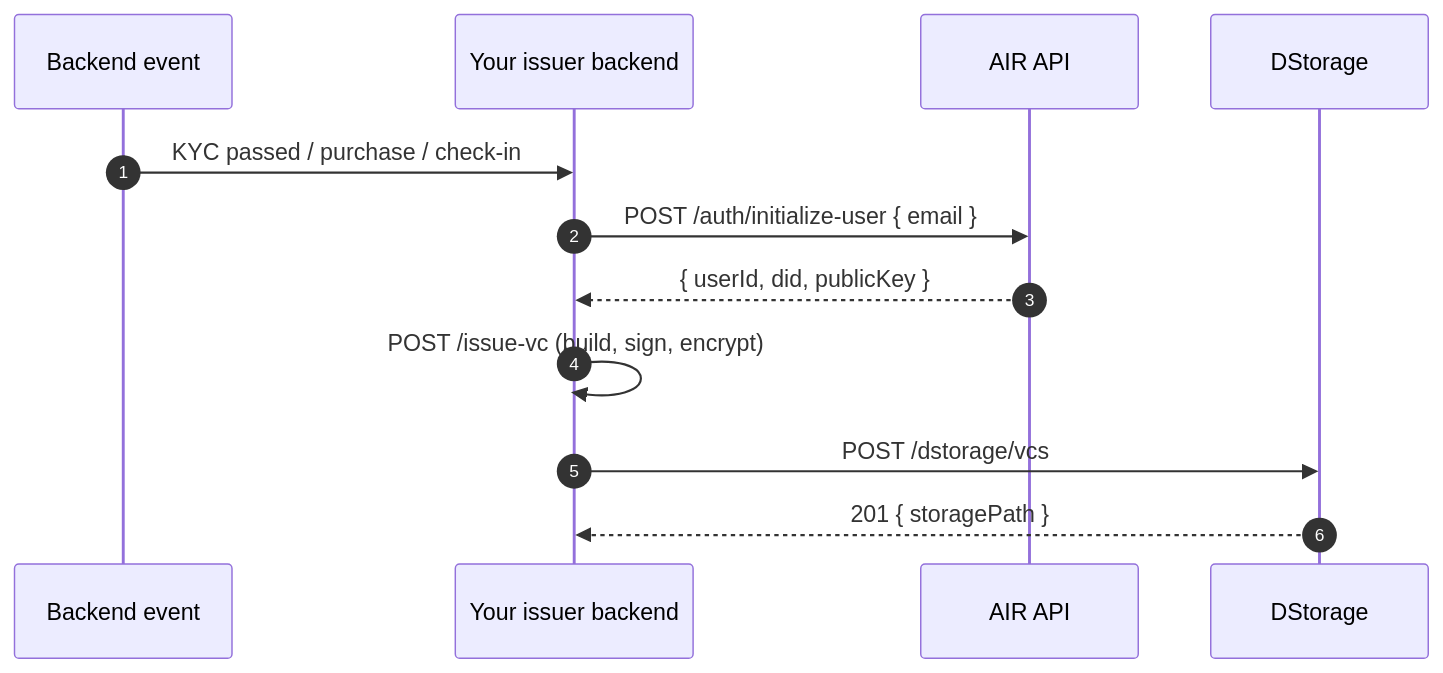
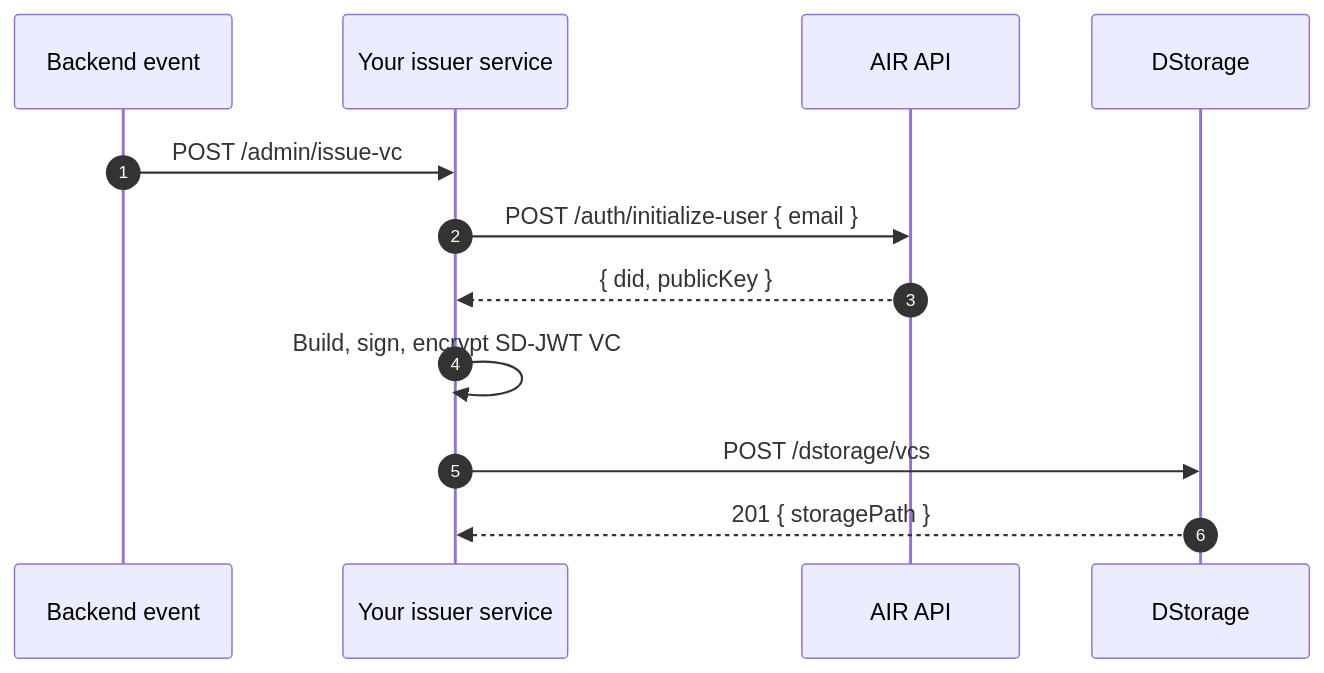
Before and after one commit to MocaNetwork/docs: the second of 2 diagrams in airkit/usage/credential/issuing-credentials.mdx, drawn with Mermaid. The commit also changed other lines of this file and 53 other files, not shown here.

````diff
--- a/airkit/usage/credential/issuing-credentials.mdx
+++ b/airkit/usage/credential/issuing-credentials.mdx
@@ -188,14 +207,14 @@
 ```mermaid
 sequenceDiagram
     autonumber
     participant Event as Backend event
-    participant Backend as Your issuer backend
+    participant Backend as Your issuer service
     participant AIR as AIR API
     participant DS as DStorage
-    Event->>Backend: KYC passed / purchase / check-in
+    Event->>Backend: POST /admin/issue-vc
     Backend->>AIR: POST /auth/initialize-user { email }
-    AIR-->>Backend: { userId, did, publicKey }
-    Backend->>Backend: POST /issue-vc (build, sign, encrypt)
+    AIR-->>Backend: { did, publicKey }
+    Backend->>Backend: Build, sign, encrypt SD-JWT VC
     Backend->>DS: POST /dstorage/vcs
     DS-->>Backend: 201 { storagePath }
 ```
````
